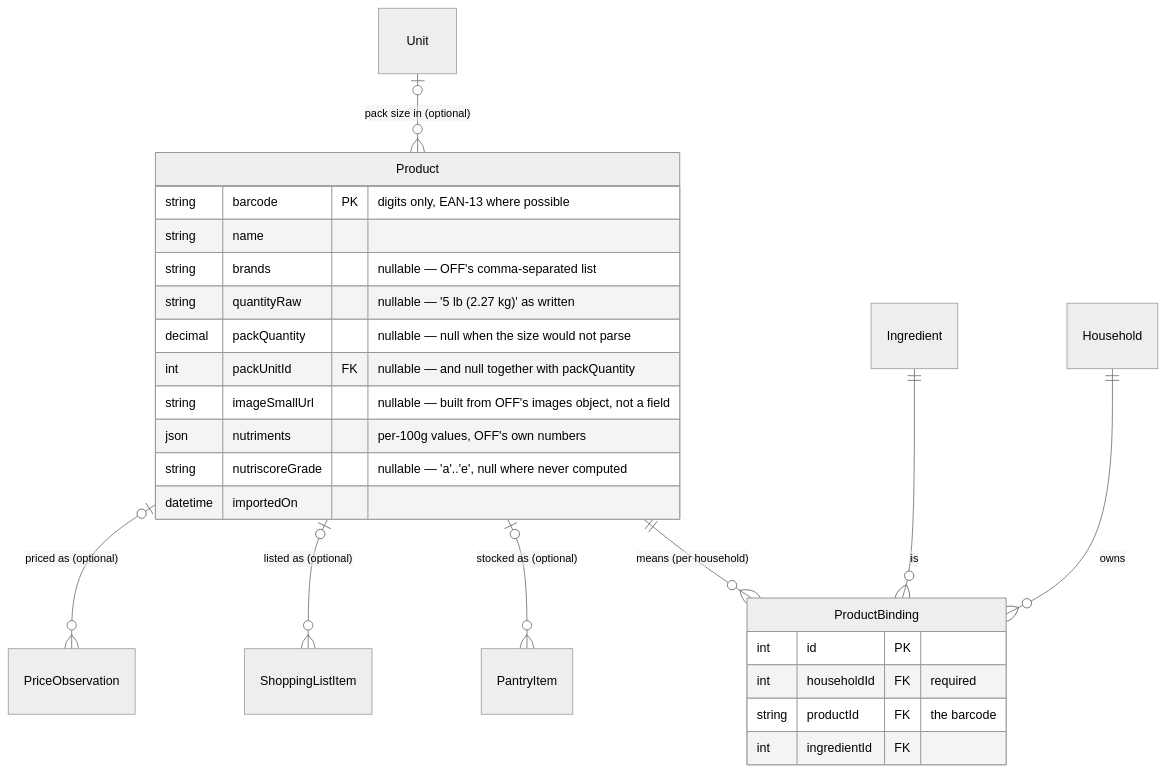
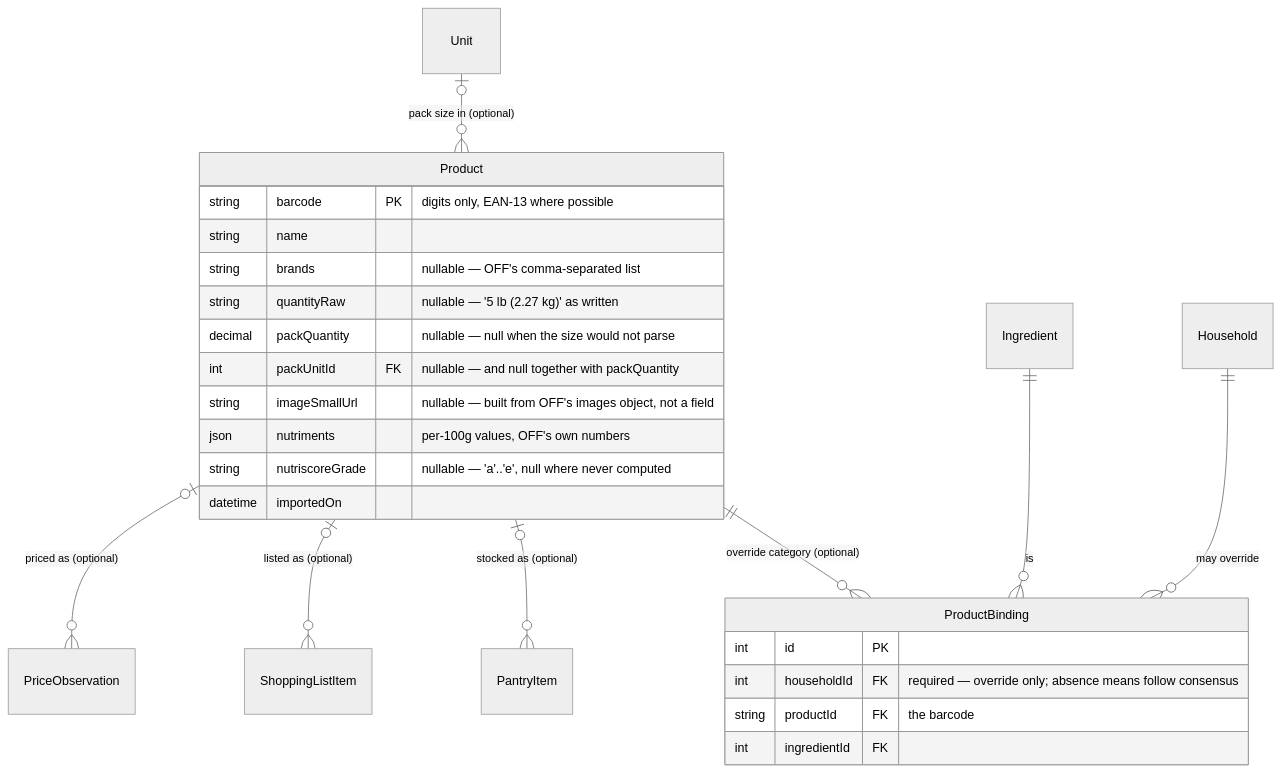
Before and after one commit to danjsouther/kitchen: the third of 7 diagrams in ERD.md, drawn with Mermaid (neutral theme). The commit also changed other lines of this file and 18 other files, not shown here.

First line of the commit message:
Default product categories to ranked consensus with household overrides.

````diff
--- a/ERD.md
+++ b/ERD.md
@@ -124,29 +124,29 @@
 ```mermaid
 erDiagram
-  Product ||--o{ ProductBinding : "means (per household)"
+  Product ||--o{ ProductBinding : "override category (optional)"
   Ingredient ||--o{ ProductBinding : "is"
-  Household ||--o{ ProductBinding : "owns"
+  Household ||--o{ ProductBinding : "may override"
   Unit |o--o{ Product : "pack size in (optional)"
   Product |o--o{ PantryItem : "stocked as (optional)"
   Product |o--o{ ShoppingListItem : "listed as (optional)"
   Product |o--o{ PriceObservation : "priced as (optional)"
 
   Product {
     string barcode PK "digits only, EAN-13 where possible"
     string name
     string brands "nullable — OFF's comma-separated list"
     string quantityRaw "nullable — '5 lb (2.27 kg)' as written"
     decimal packQuantity "nullable — null when the size would not parse"
     int packUnitId FK "nullable — and null together with packQuantity"
     string imageSmallUrl "nullable — built from OFF's images object, not a field"
     json nutriments "per-100g values, OFF's own numbers"
     string nutriscoreGrade "nullable — 'a'..'e', null where never computed"
     datetime importedOn
   }
   ProductBinding {
     int id PK
-    int householdId FK "required"
+    int householdId FK "required — override only; absence means follow consensus"
     string productId FK "the barcode"
     int ingredientId FK
   }
 ```
````
